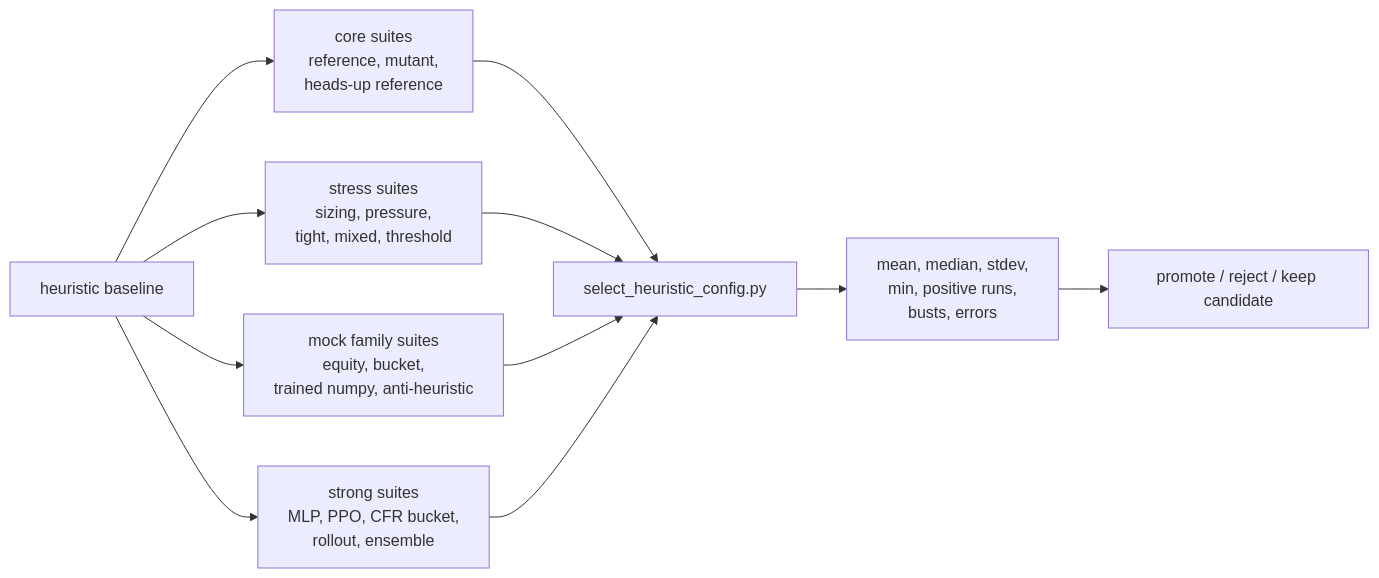
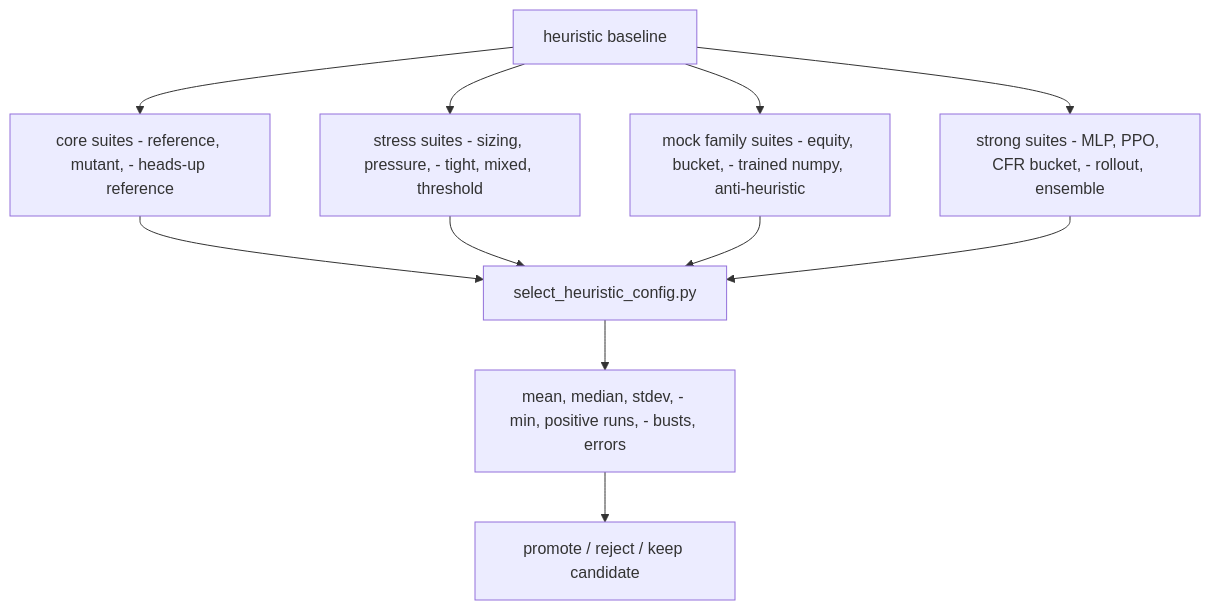
The second of 2 diagrams in docs/heuristic-benchmark-results.md (kosunghun317/fullhouse-engine), drawn with Mermaid before and after one commit. The commit also changed other lines of this file and 13 other files, not shown here.

Commit message:
docs: normalize mermaid diagrams

````diff
--- a/docs/heuristic-benchmark-results.md
+++ b/docs/heuristic-benchmark-results.md
@@ -130,14 +130,14 @@
 ```mermaid
-graph LR
-    Baseline["heuristic baseline"] --> Core["core suites\nreference, mutant,\nheads-up reference"]
-    Baseline --> Stress["stress suites\nsizing, pressure,\ntight, mixed, threshold"]
-    Baseline --> MockFamily["mock family suites\nequity, bucket,\ntrained numpy, anti-heuristic"]
-    Baseline --> Strong["strong suites\nMLP, PPO, CFR bucket,\nrollout, ensemble"]
+graph TD
+    Baseline["heuristic baseline"] --> Core["core suites - reference, mutant, - heads-up reference"]
+    Baseline --> Stress["stress suites - sizing, pressure, - tight, mixed, threshold"]
+    Baseline --> MockFamily["mock family suites - equity, bucket, - trained numpy, anti-heuristic"]
+    Baseline --> Strong["strong suites - MLP, PPO, CFR bucket, - rollout, ensemble"]
 
     Core --> Selector["select_heuristic_config.py"]
     Stress --> Selector
     MockFamily --> Selector
     Strong --> Selector
-    Selector --> Metrics["mean, median, stdev,\nmin, positive runs,\nbusts, errors"]
+    Selector --> Metrics["mean, median, stdev, - min, positive runs, - busts, errors"]
     Metrics --> Decision["promote / reject / keep candidate"]
 ```
````
